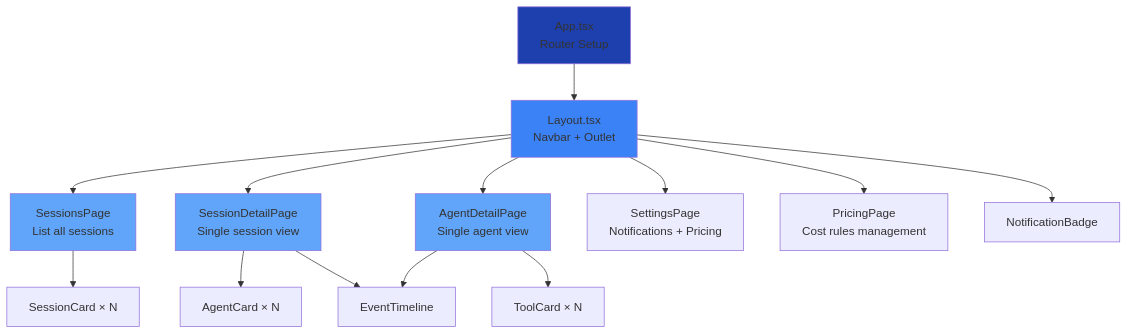
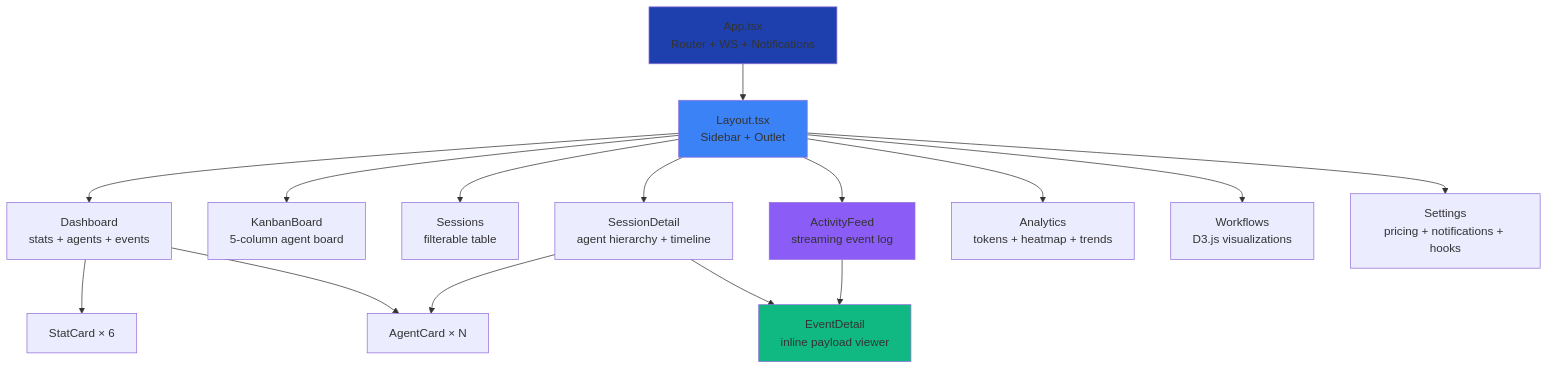
The third of 19 diagrams in client/README.md (fadighattas100/Claude-Code-Agent-Monitor), drawn with Mermaid before and after one commit. The commit also changed other lines of this file and 11 other files, not shown here.

First line of the commit message:
feat(ui): rework activity feed row UX + update all docs

````diff
--- a/client/README.md
+++ b/client/README.md
@@ -195,31 +206,28 @@
 ```mermaid
 graph TB
-    App[App.tsx<br/>Router Setup]
-    Layout[Layout.tsx<br/>Navbar + Outlet]
-    
-    Sessions[SessionsPage<br/>List all sessions]
-    Detail[SessionDetailPage<br/>Single session view]
-    AgentDetail[AgentDetailPage<br/>Single agent view]
-    Settings[SettingsPage<br/>Notifications + Pricing]
-    Pricing[PricingPage<br/>Cost rules management]
-    
+    App[App.tsx<br/>Router + WS + Notifications]
+    Layout[Layout.tsx<br/>Sidebar + Outlet]
+
+    Dashboard[Dashboard<br/>stats + agents + events]
+    Kanban[KanbanBoard<br/>5-column agent board]
+    Sessions[Sessions<br/>filterable table]
+    Detail[SessionDetail<br/>agent hierarchy + timeline]
+    Feed[ActivityFeed<br/>streaming event log]
+    Analytics[Analytics<br/>tokens + heatmap + trends]
+    Workflows[Workflows<br/>D3.js visualizations]
+    Settings[Settings<br/>pricing + notifications + hooks]
+
     App --> Layout
-    Layout --> Sessions
-    Layout --> Detail
-    Layout --> AgentDetail
-    Layout --> Settings
-    Layout --> Pricing
-    
-    Sessions --> SessionCard[SessionCard × N]
-    Detail --> AgentCard[AgentCard × N]
-    Detail --> EventTimeline[EventTimeline]
-    AgentDetail --> ToolCard[ToolCard × N]
-    AgentDetail --> EventTimeline
-    Layout --> NotificationBadge[NotificationBadge]
-    
+    Layout --> Dashboard & Kanban & Sessions & Detail & Feed & Analytics & Workflows & Settings
+
+    Dashboard --> StatCard[StatCard × 6]
+    Dashboard --> AgentCard[AgentCard × N]
+    Detail --> AgentCard
+    Feed --> EventDetail[EventDetail<br/>inline payload viewer]
+    Detail --> EventDetail
+
     style App fill:#1E40AF
     style Layout fill:#3B82F6
-    style Sessions fill:#60A5FA
-    style Detail fill:#60A5FA
-    style AgentDetail fill:#60A5FA
+    style Feed fill:#8B5CF6
+    style EventDetail fill:#10B981
 ```
````
